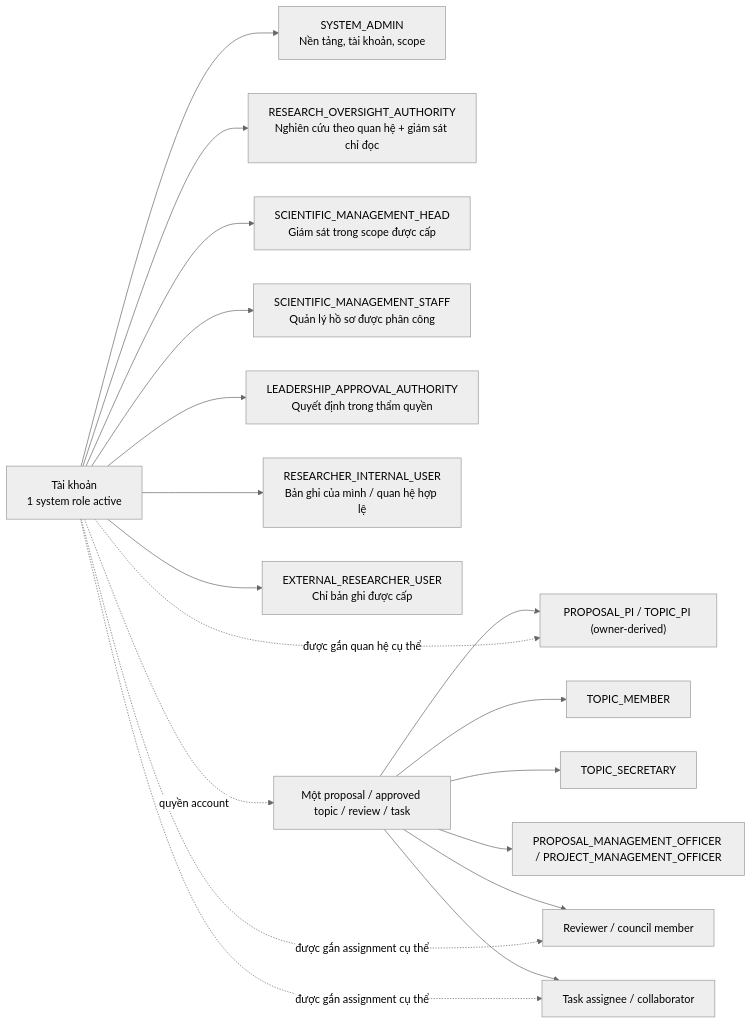
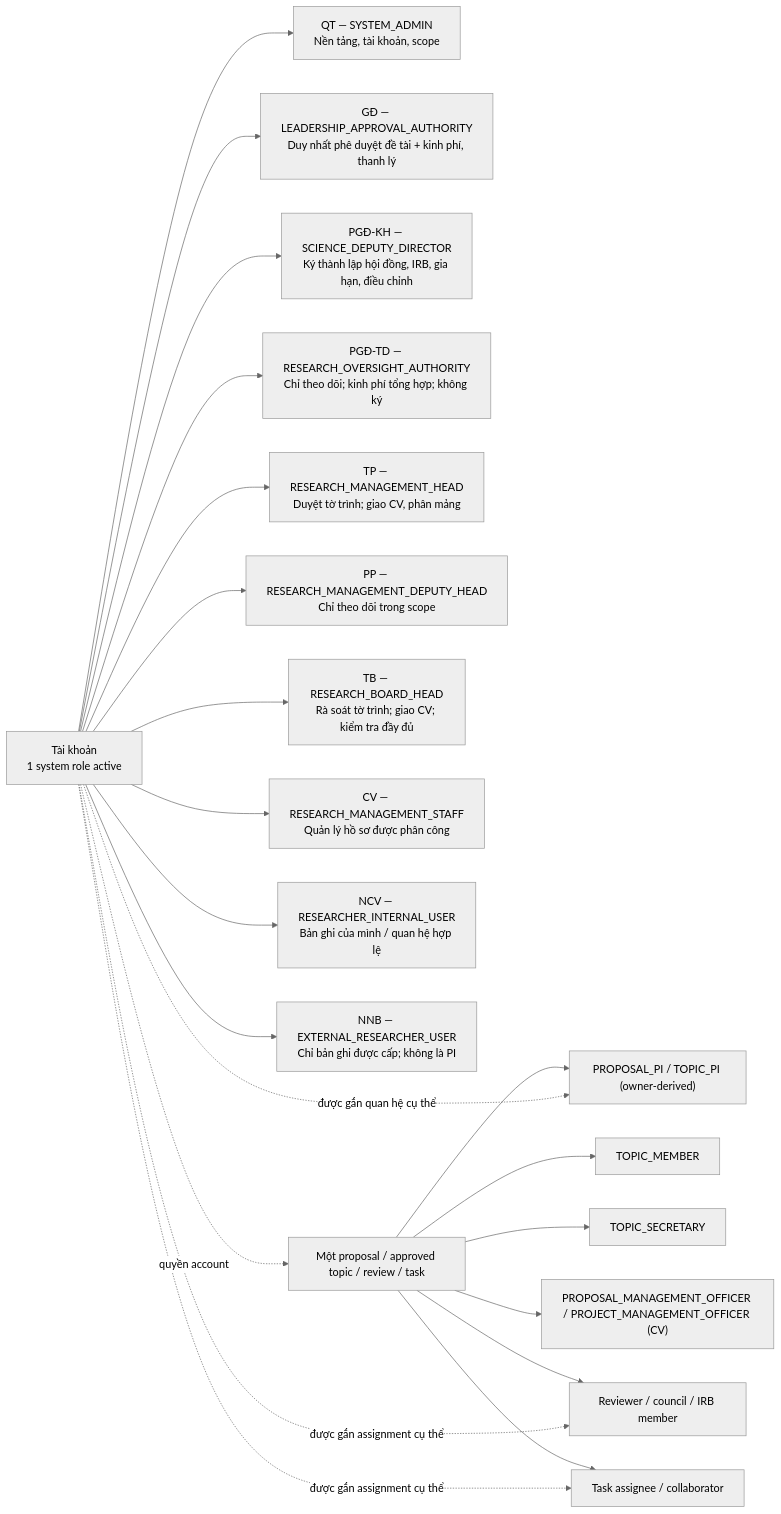
One commit to thanhdotien278/DocManS changed the first of 10 diagrams in docs/user-flows.md. Above: the diagram before and after it, drawn with Mermaid (neutral theme). The commit also changed other lines of this file and 14 other files, not shown here.

First line of the commit message:
docs(permissions): đồng bộ tài liệu docs/ sang mô hình 10 vai trò

````diff
--- a/docs/user-flows.md
+++ b/docs/user-flows.md
@@ -35,22 +35,25 @@
 ```mermaid
 flowchart LR
-  account["Tài khoản<br/>1 system role active"] --> admin["SYSTEM_ADMIN<br/>Nền tảng, tài khoản, scope"]
-  account --> oversight["RESEARCH_OVERSIGHT_AUTHORITY<br/>Nghiên cứu theo quan hệ + giám sát chỉ đọc"]
-  account --> head["SCIENTIFIC_MANAGEMENT_HEAD<br/>Giám sát trong scope được cấp"]
-  account --> staff["SCIENTIFIC_MANAGEMENT_STAFF<br/>Quản lý hồ sơ được phân công"]
-  account --> leader["LEADERSHIP_APPROVAL_AUTHORITY<br/>Quyết định trong thẩm quyền"]
-  account --> internal["RESEARCHER_INTERNAL_USER<br/>Bản ghi của mình / quan hệ hợp lệ"]
-  account --> external["EXTERNAL_RESEARCHER_USER<br/>Chỉ bản ghi được cấp"]
+  account["Tài khoản<br/>1 system role active"] --> admin["QT — SYSTEM_ADMIN<br/>Nền tảng, tài khoản, scope"]
+  account --> leader["GĐ — LEADERSHIP_APPROVAL_AUTHORITY<br/>Duy nhất phê duyệt đề tài + kinh phí, thanh lý"]
+  account --> science["PGĐ-KH — SCIENCE_DEPUTY_DIRECTOR<br/>Ký thành lập hội đồng, IRB, gia hạn, điều chỉnh"]
+  account --> oversight["PGĐ-TD — RESEARCH_OVERSIGHT_AUTHORITY<br/>Chỉ theo dõi; kinh phí tổng hợp; không ký"]
+  account --> head["TP — RESEARCH_MANAGEMENT_HEAD<br/>Duyệt tờ trình; giao CV, phân mảng"]
+  account --> deputy["PP — RESEARCH_MANAGEMENT_DEPUTY_HEAD<br/>Chỉ theo dõi trong scope"]
+  account --> board["TB — RESEARCH_BOARD_HEAD<br/>Rà soát tờ trình; giao CV; kiểm tra đầy đủ"]
+  account --> staff["CV — RESEARCH_MANAGEMENT_STAFF<br/>Quản lý hồ sơ được phân công"]
+  account --> internal["NCV — RESEARCHER_INTERNAL_USER<br/>Bản ghi của mình / quan hệ hợp lệ"]
+  account --> external["NNB — EXTERNAL_RESEARCHER_USER<br/>Chỉ bản ghi được cấp; không là PI"]
 
   record["Một proposal / approved topic / review / task"] --> pi["PROPOSAL_PI / TOPIC_PI (owner-derived)"]
   record --> member["TOPIC_MEMBER"]
   record --> secretary["TOPIC_SECRETARY"]
-  record --> officer["PROPOSAL_MANAGEMENT_OFFICER / PROJECT_MANAGEMENT_OFFICER"]
-  record --> reviewer["Reviewer / council member"]
+  record --> officer["PROPOSAL_MANAGEMENT_OFFICER / PROJECT_MANAGEMENT_OFFICER (CV)"]
+  record --> reviewer["Reviewer / council / IRB member"]
   record --> assignee["Task assignee / collaborator"]
 
   account -. "quyền account" .-> record
   account -. "được gắn quan hệ cụ thể" .-> pi
   account -. "được gắn assignment cụ thể" .-> reviewer
   account -. "được gắn assignment cụ thể" .-> assignee
 ```
````
